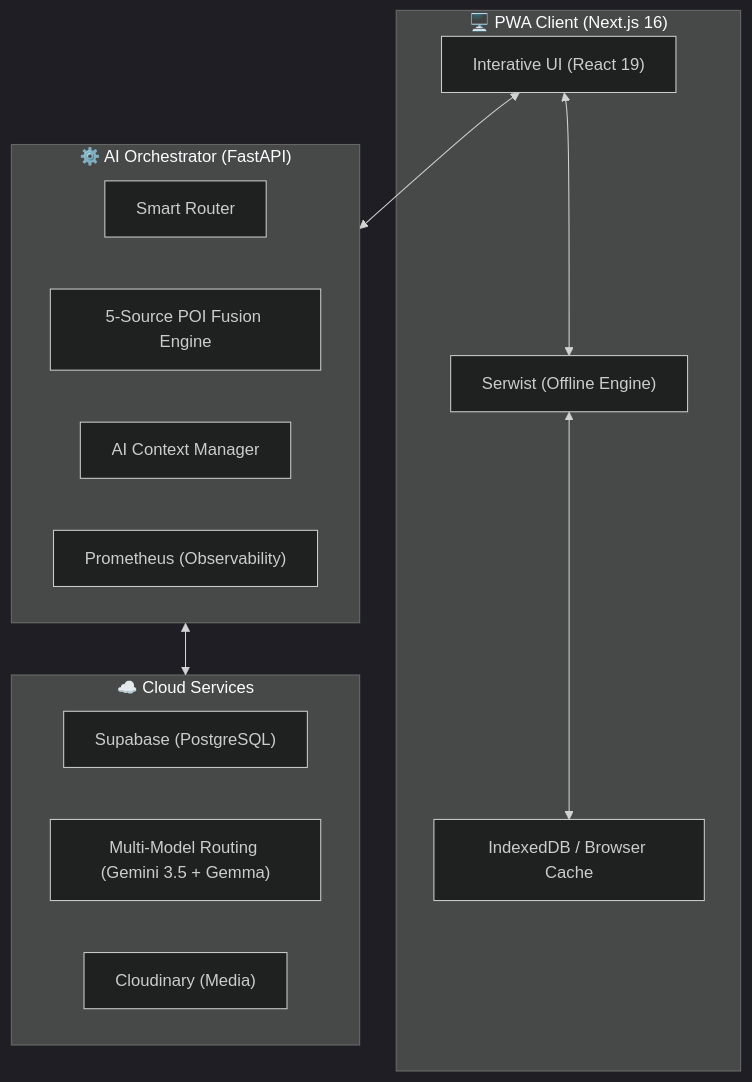
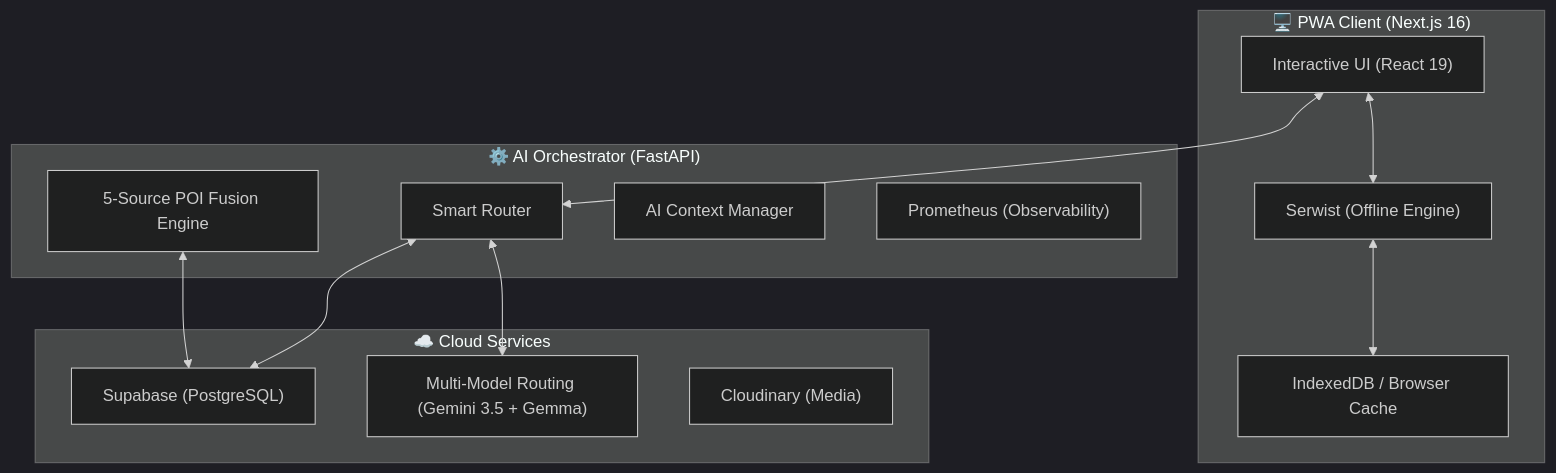
One commit to tyrantpiper/travel-pwa changed the diagram in README.md. Above: the diagram before and after it, drawn with Mermaid (dark theme). The commit also changed 1 other file, not shown here.

Commit message:
fix(docs): resolve Mermaid rendering error on GitHub
- Change edge connections from subgraphs to nodes in architecture diagrams

- GitHub's Mermaid parser crashes when connecting edges to subgraphs directly

````diff
--- a/README.md
+++ b/README.md
@@ -151,26 +151,28 @@
 ```mermaid
-graph TB
+flowchart TB
     subgraph Client["🖥️ PWA Client (Next.js 16)"]
-        UI["Interative UI (React 19)"]
+        UI["Interactive UI (React 19)"]
         SW["Serwist (Offline Engine)"]
         Cache["IndexedDB / Browser Cache"]
     end
     
     subgraph Backend["⚙️ AI Orchestrator (FastAPI)"]
         Router["Smart Router"]
         Geo["5-Source POI Fusion Engine"]
         Context["AI Context Manager"]
         Metrics["Prometheus (Observability)"]
     end
     
     subgraph Cloud["☁️ Cloud Services"]
         DB["Supabase (PostgreSQL)"]
         AI["Multi-Model Routing (Gemini 3.5 + Gemma)"]
         CDN["Cloudinary (Media)"]
     end
     
-    UI <--> Backend
-    Backend <--> Cloud
+    UI <--> Router
+    Router <--> DB
+    Router <--> AI
+    Geo <--> DB
     UI <--> SW
     SW <--> Cache
 ```
````
